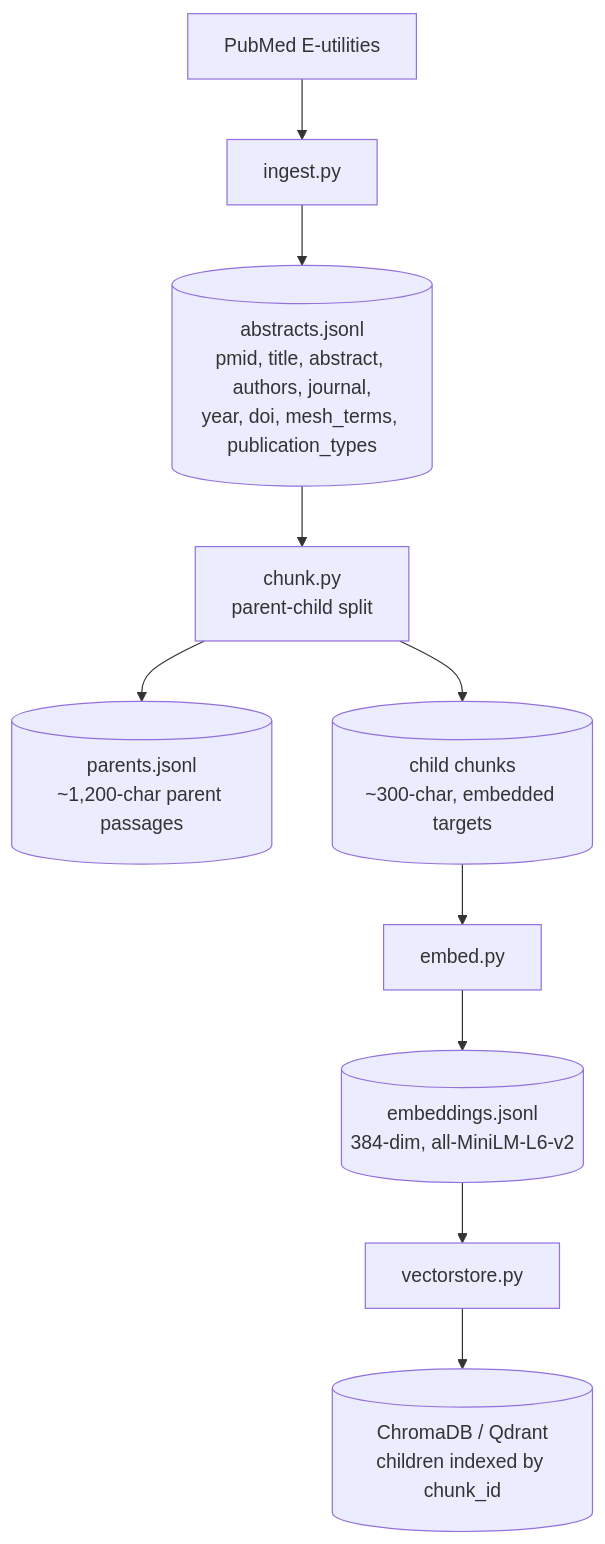
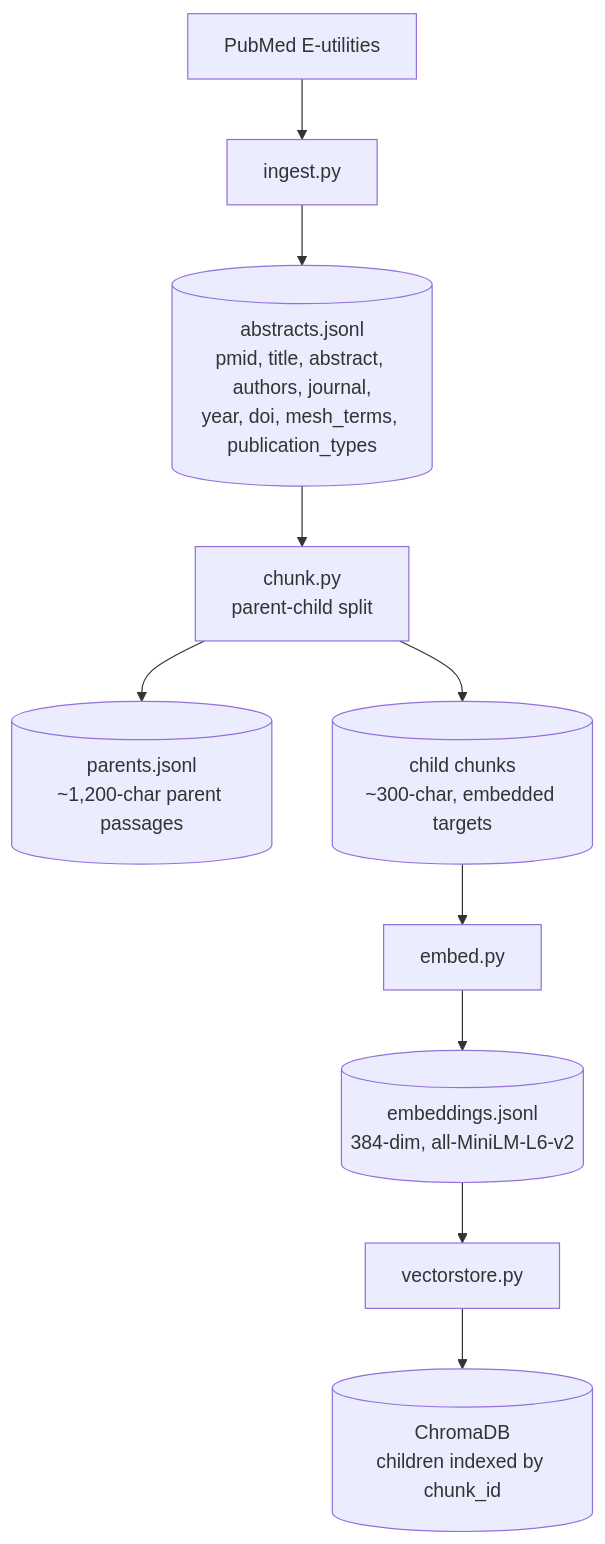
The diagram in docs/img/architecture-ingestion.mmd (omkaradhali/pubmed_rag), drawn with Mermaid before and after one commit. The commit also changed 23 other files, not shown here.

```diff
--- a/docs/img/architecture-ingestion.mmd
+++ b/docs/img/architecture-ingestion.mmd
@@ -1,10 +1,10 @@
 flowchart TD
     A["PubMed E-utilities"] --> B["ingest.py"]
     B --> C[("abstracts.jsonl<br/>pmid, title, abstract, authors, journal,<br/>year, doi, mesh_terms, publication_types")]
     C --> D["chunk.py<br/>parent-child split"]
     D --> E[("parents.jsonl<br/>~1,200-char parent passages")]
     D --> F[("child chunks<br/>~300-char, embedded targets")]
     F --> G["embed.py"]
     G --> H[("embeddings.jsonl<br/>384-dim, all-MiniLM-L6-v2")]
     H --> I["vectorstore.py"]
-    I --> J[("ChromaDB / Qdrant<br/>children indexed by chunk_id")]
+    I --> J[("ChromaDB<br/>children indexed by chunk_id")]
```
